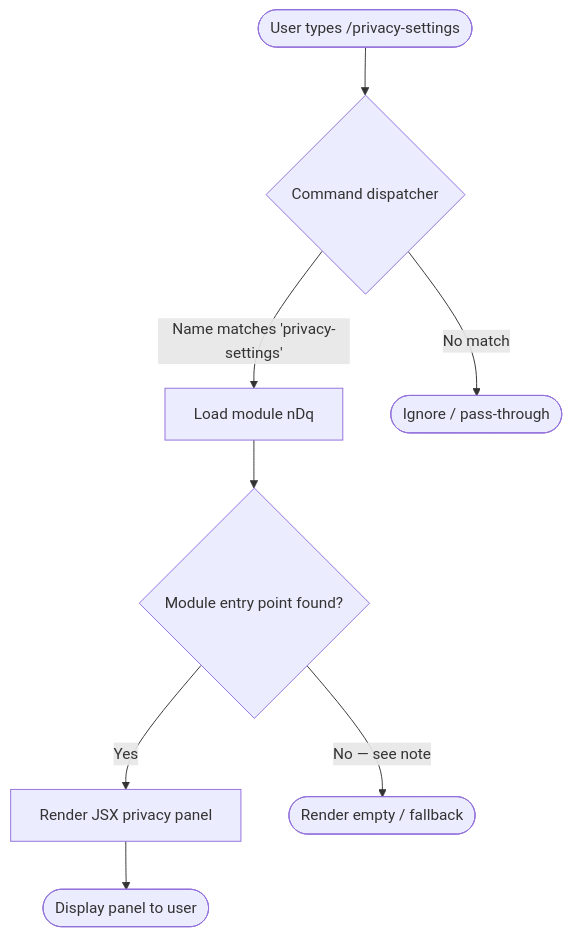
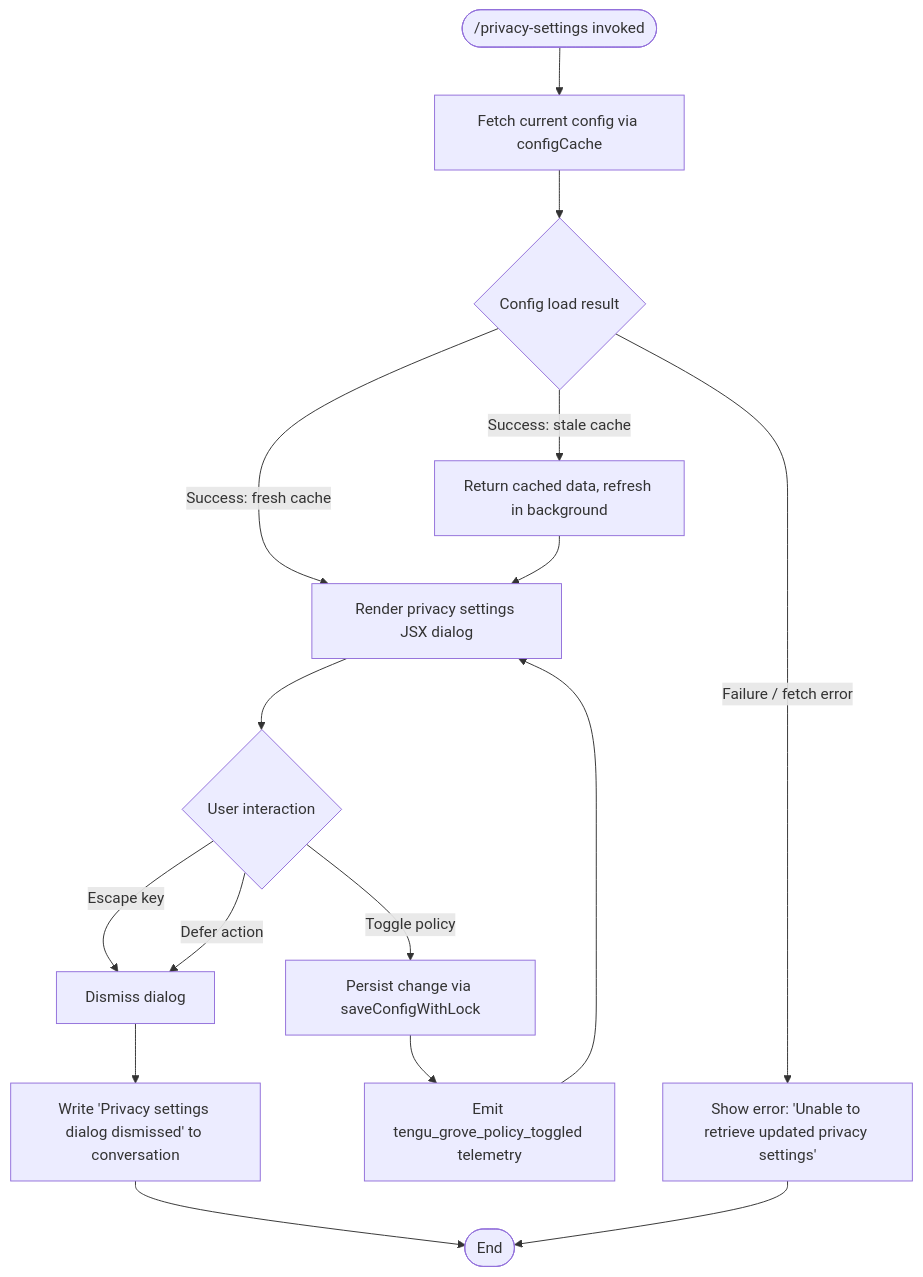
One commit to MyLittleLuckyDog/cc-gnothi changed the diagram in versions/v2.1.139/privacy-settings.md. Above: the diagram before and after it, drawn with Mermaid. The commit also changed other lines of this file and 97 other files, not shown here.

First line of the commit message:
feat(docs): v2.1.139 97/97 via batch-cached.sh parallel=2 retry

````diff
--- a/versions/v2.1.139/privacy-settings.md
+++ b/versions/v2.1.139/privacy-settings.md
@@ -46,10 +54,18 @@
 ```mermaid
 flowchart TD
-    A([User types /privacy-settings]) --> B{Command dispatcher}
-    B -->|Name matches 'privacy-settings'| C[Load module nDq]
-    B -->|No match| Z([Ignore / pass-through])
-    C --> D{Module entry point found?}
-    D -->|Yes| E[Render JSX privacy panel]
-    D -->|No — see note| F([Render empty / fallback])
-    E --> G([Display panel to user])
+    A([/privacy-settings invoked]) --> B[Fetch current config via configCache]
+    B --> C{Config load result}
+    C -- "Success: fresh cache" --> D[Render privacy settings JSX dialog]
+    C -- "Success: stale cache" --> E[Return cached data, refresh in background]
+    C -- "Failure / fetch error" --> F[Show error: 'Unable to retrieve updated privacy settings']
+    E --> D
+    D --> G{User interaction}
+    G -- "Toggle policy" --> H[Persist change via saveConfigWithLock]
+    H --> I[Emit tengu_grove_policy_toggled telemetry]
+    I --> D
+    G -- "Escape key" --> J[Dismiss dialog]
+    G -- "Defer action" --> J
+    J --> K[Write 'Privacy settings dialog dismissed' to conversation]
+    K --> L([End])
+    F --> L
 ```
````
